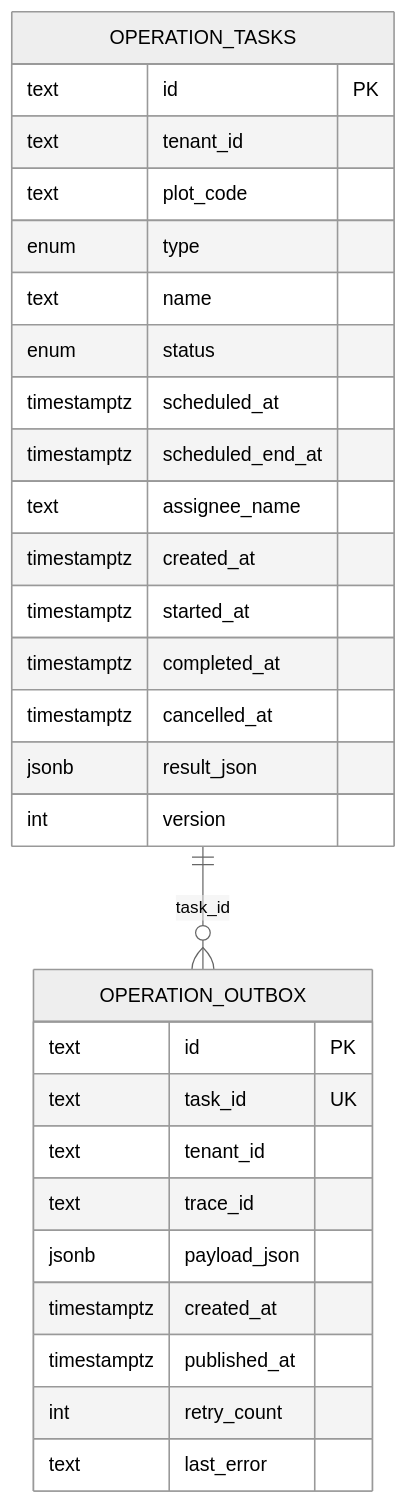
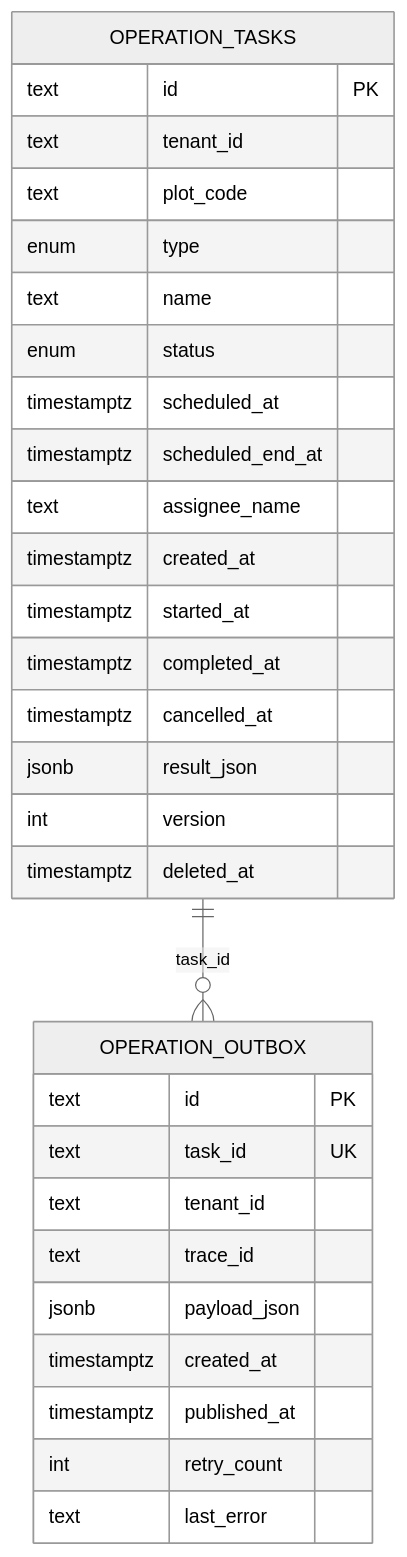
One commit to q446328246/agri-platform changed the ninth of 9 diagrams in .qoder/repowiki/zh/content/核心服务文档/作业服务.md. Above: the diagram before and after it, drawn with Mermaid (neutral theme). The commit also changed other lines of this file and 35 other files, not shown here.

````diff
--- a/.qoder/repowiki/zh/content/核心服务文档/作业服务.md
+++ b/.qoder/repowiki/zh/content/核心服务文档/作业服务.md
@@ -424,32 +457,33 @@
 ```mermaid
 erDiagram
 OPERATION_TASKS {
 text id PK
 text tenant_id
 text plot_code
 enum type
 text name
 enum status
 timestamptz scheduled_at
 timestamptz scheduled_end_at
 text assignee_name
 timestamptz created_at
 timestamptz started_at
 timestamptz completed_at
 timestamptz cancelled_at
 jsonb result_json
 int version
+timestamptz deleted_at
 }
 OPERATION_OUTBOX {
 text id PK
 text task_id UK
 text tenant_id
 text trace_id
 jsonb payload_json
 timestamptz created_at
 timestamptz published_at
 int retry_count
 text last_error
 }
 OPERATION_TASKS ||--o{ OPERATION_OUTBOX : "task_id"
 ```
````
